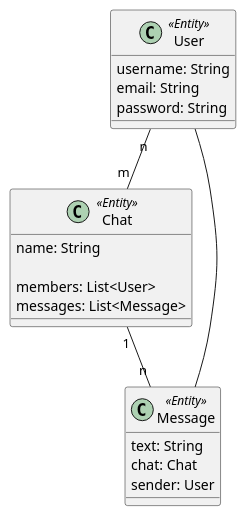
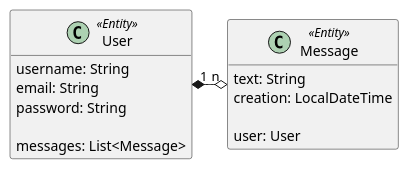
The diagram in src/puml/domain.puml (ThomasBoigner/sj2223-5bhif-scientific-paper), drawn with PlantUML before and after one commit. The commit also changed 14 other files, not shown here.

```diff
--- a/src/puml/domain.puml
+++ b/src/puml/domain.puml
@@ -1,25 +1,21 @@
 @startuml
+hide methods
 
 class User <<Entity>> {
     username: String
     email: String
     password: String
-}
 
-class Chat <<Entity>>{
-    name: String
-
-    members: List<User>
     messages: List<Message>
 }
 
-class Message <<Entity>>{
+class Message<<Entity>>{
     text: String
-    chat: Chat
-    sender: User
+    creation: LocalDateTime
+
+    user: User
 }
 
-User "n"--"m" Chat
-Chat "1"--"n" Message
-Message -- User
+User "1" *-o "n" Message
+
 @enduml
```
